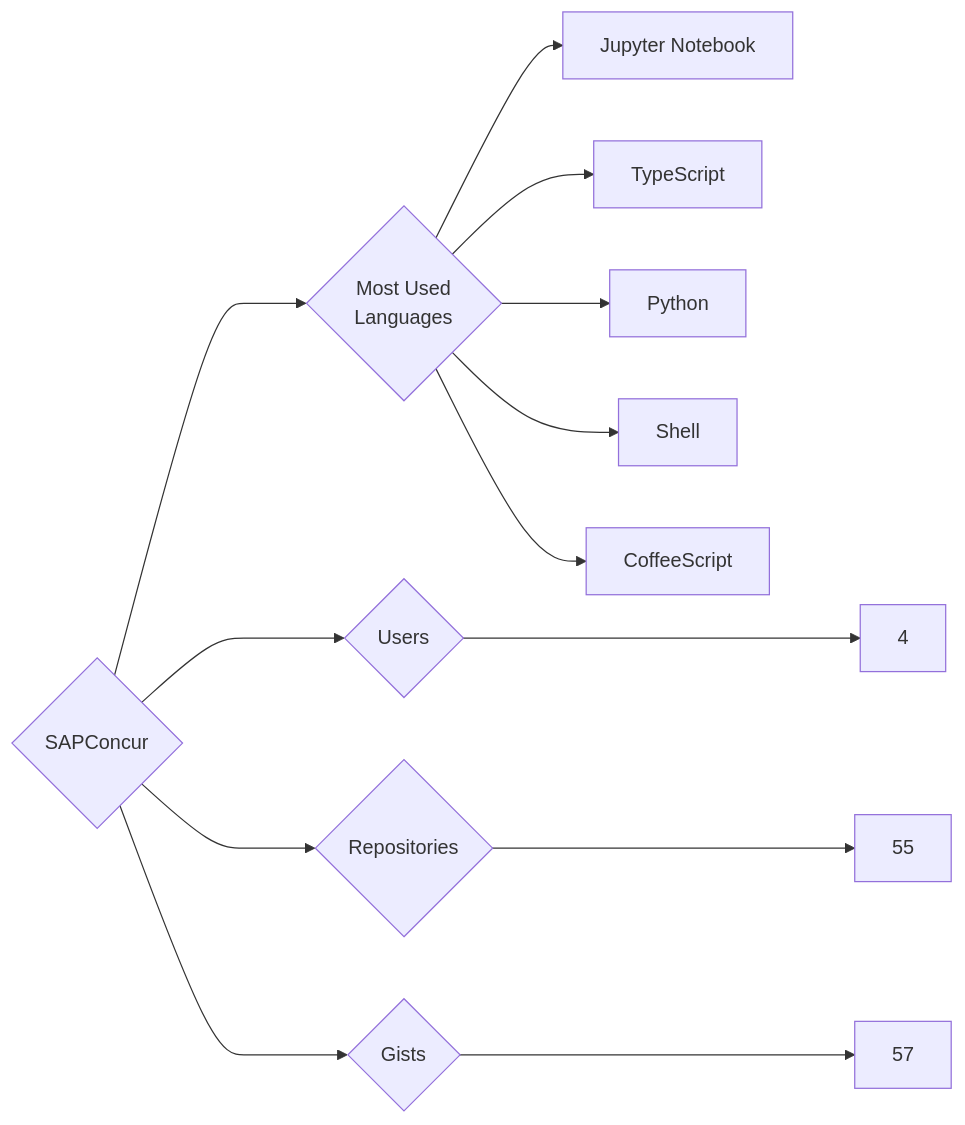
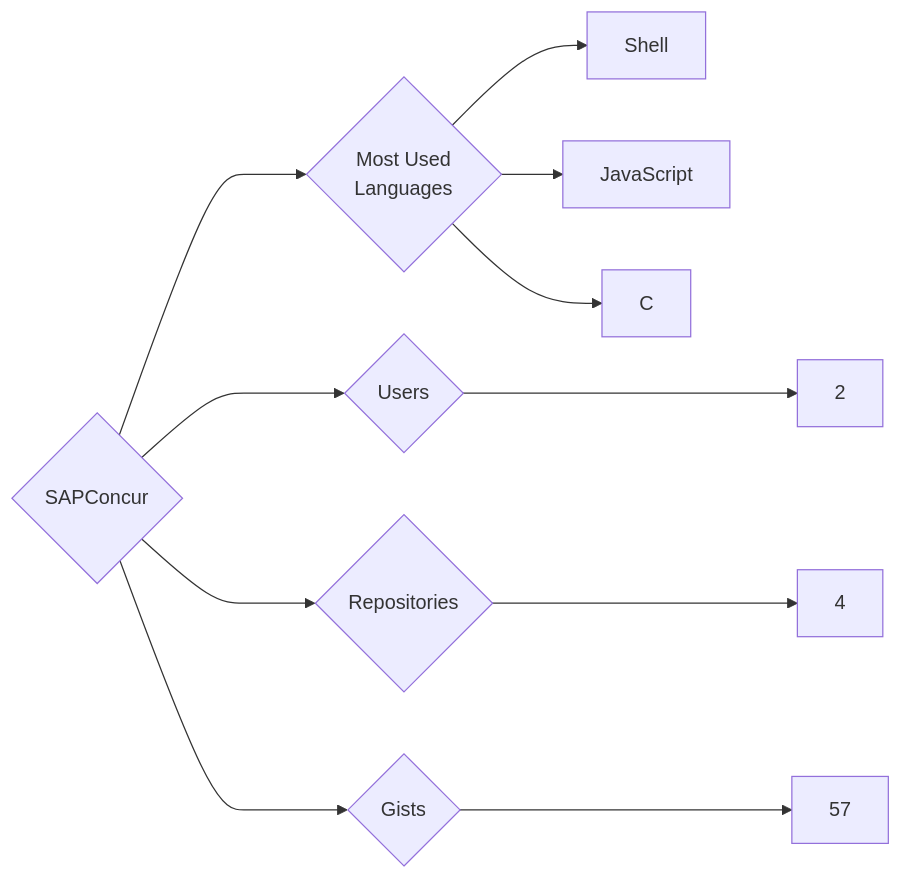
The diagram in targets/SAPConcur/README.md (trickest/insiders), drawn with Mermaid before and after one commit. The commit also changed 1389 other files, not shown here.

````diff
--- a/targets/SAPConcur/README.md
+++ b/targets/SAPConcur/README.md
@@ -3,13 +3,11 @@
 ```mermaid
 graph LR
 COMPANY_NAME{SAPConcur}
-COMPANY_NAME ---> U{Users} ---> UN[4]
-COMPANY_NAME ---> R{Repositories} ---> RN[55]
+COMPANY_NAME ---> U{Users} ---> UN[2]
+COMPANY_NAME ---> R{Repositories} ---> RN[4]
 COMPANY_NAME ---> G{Gists} ---> GN[57]
 COMPANY_NAME ---> ML{Most Used<br>Languages}
-ML --> Jupyter_Notebook[Jupyter Notebook]
-ML --> TypeScript[TypeScript]
-ML --> Python[Python]
 ML --> Shell[Shell]
-ML --> CoffeeScript[CoffeeScript]
+ML --> JavaScript[JavaScript]
+ML --> C[C]
 ```
````
